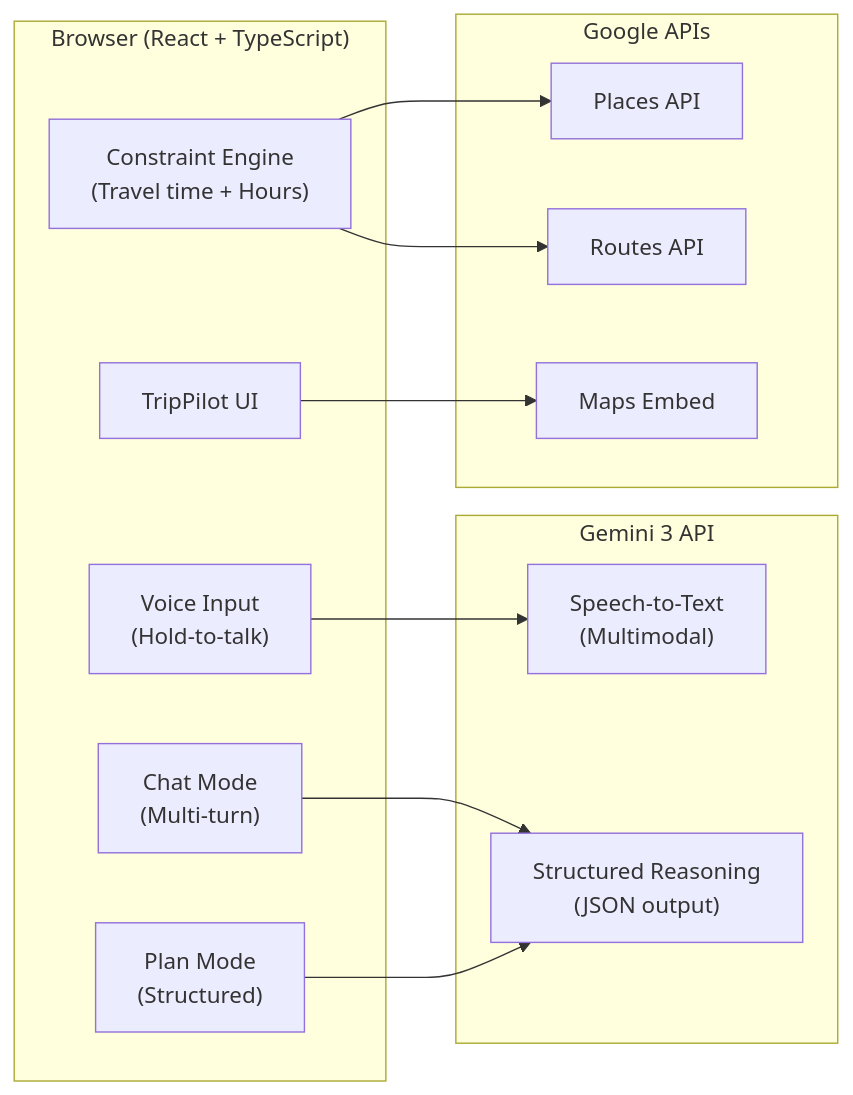
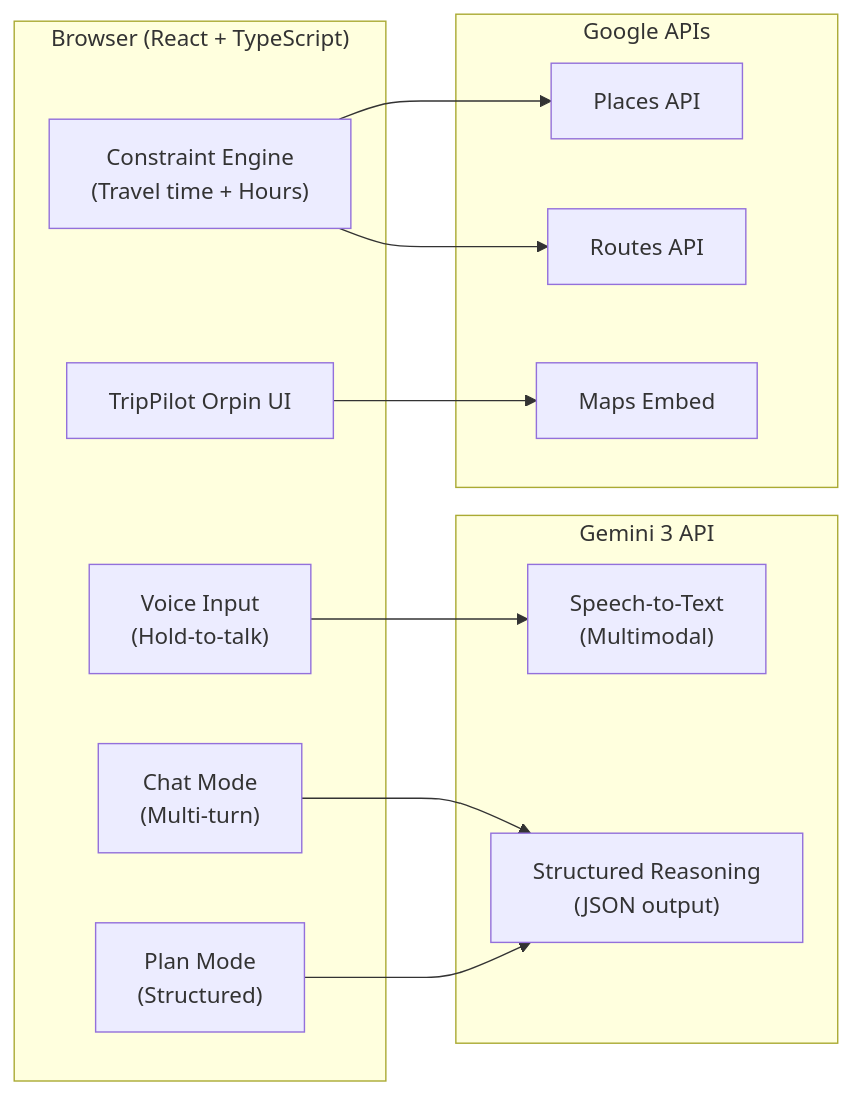
The diagram in README.md (jasmineox25/trippilot), drawn with Mermaid before and after one commit. The commit also changed other lines of this file and 5 other files, not shown here.

Commit message:
update docs: rename to TripPilot Orpin and update domain to trippilot-orpin.vercel.app

````diff
--- a/README.md
+++ b/README.md
@@ -75,28 +75,28 @@
 ```mermaid
 flowchart LR
   subgraph Browser["Browser (React + TypeScript)"]
-    UI["TripPilot UI"]
+    UI["TripPilot Orpin UI"]
     Chat["Chat Mode\n(Multi-turn)"]
     Plan["Plan Mode\n(Structured)"]
     Voice["Voice Input\n(Hold-to-talk)"]
     Engine["Constraint Engine\n(Travel time + Hours)"]
   end
 
   subgraph Gemini["Gemini 3 API"]
     STT["Speech-to-Text\n(Multimodal)"]
     Reason["Structured Reasoning\n(JSON output)"]
   end
 
   subgraph Google["Google APIs"]
     Places["Places API"]
     Routes["Routes API"]
     Maps["Maps Embed"]
   end
 
   Voice --> STT
   Chat --> Reason
   Plan --> Reason
   Engine --> Places
   Engine --> Routes
   UI --> Maps
 ```
````
